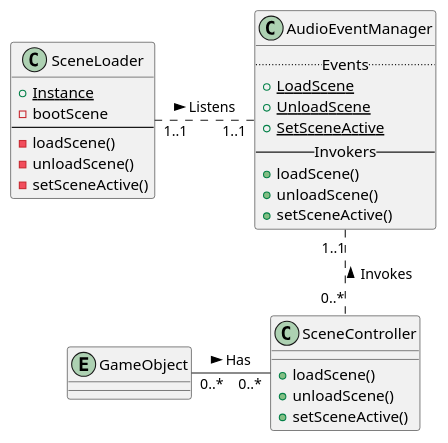
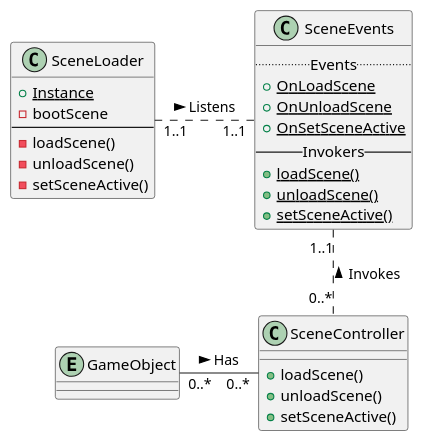
Before and after one commit to jskelly2021/Journey: the diagram in UML/scenesystem.iuml, drawn with PlantUML. The commit also changed 3 other files, not shown here.

Commit message:
Updated UML for all 4 systems

```diff
--- a/UML/scenesystem.iuml
+++ b/UML/scenesystem.iuml
@@ -1,33 +1,32 @@
 @startuml scenesystem
 class SceneLoader {
     {static} +Instance
     -bootScene
     --
     -loadScene()
     -unloadScene()
     -setSceneActive()
 }
 
+class SceneEvents {
+    ..Events..
+    {static} +OnLoadScene
+    {static} +OnUnloadScene
+    {static} +OnSetSceneActive
+    --Invokers--
+    {static} +loadScene()
+    {static} +unloadScene()
+    {static} +setSceneActive()
+}
+
 class SceneController {
     +loadScene()
     +unloadScene()
     +setSceneActive()
 }
-
-class AudioEventManager {
-    ..Events..
-    {static} +LoadScene
-    {static} +UnloadScene
-    {static} +SetSceneActive
-    --Invokers--
-    +loadScene()
-    +unloadScene()
-    +setSceneActive()
-}
-
 entity GameObject
 
-SceneLoader       "1..1 "   .right.    "1..1"     AudioEventManager   : " Listens >"
-SceneController   "0..*"    .up.       "1..1"     AudioEventManager   : " Invokes >"
-SceneController   "0..*"    -left-     "0..*"     GameObject          : " Has <"
+SceneLoader       "1..1 "  .right.    "1..1"     SceneEvents   : " Listens >"
+SceneController   "0..*"   .up.       "1..1"     SceneEvents   : " Invokes >"
+SceneController   "0..*"   -left-     "0..*"     GameObject    : " Has <"
 @enduml
```
